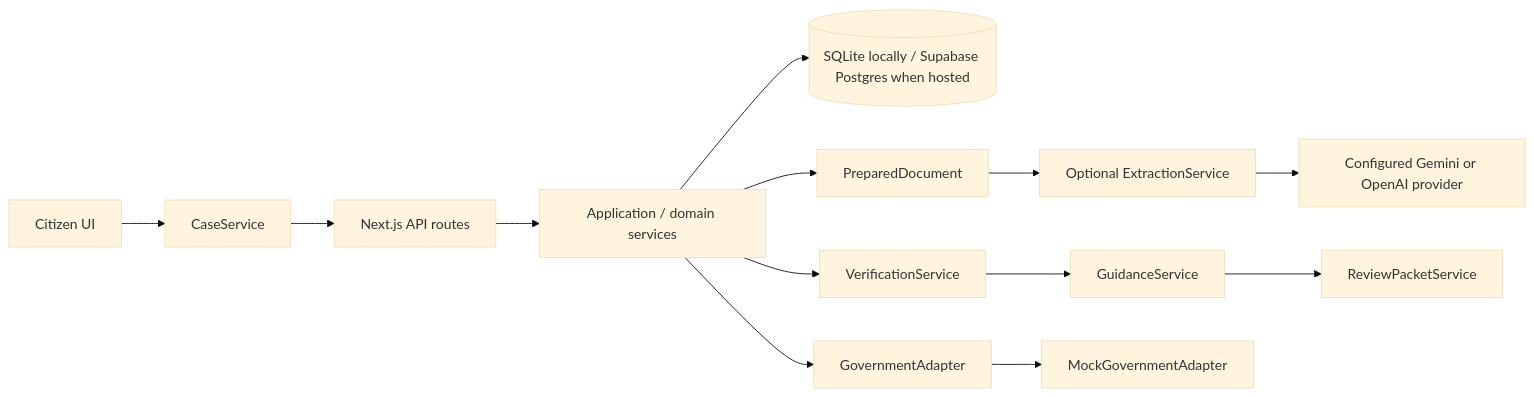
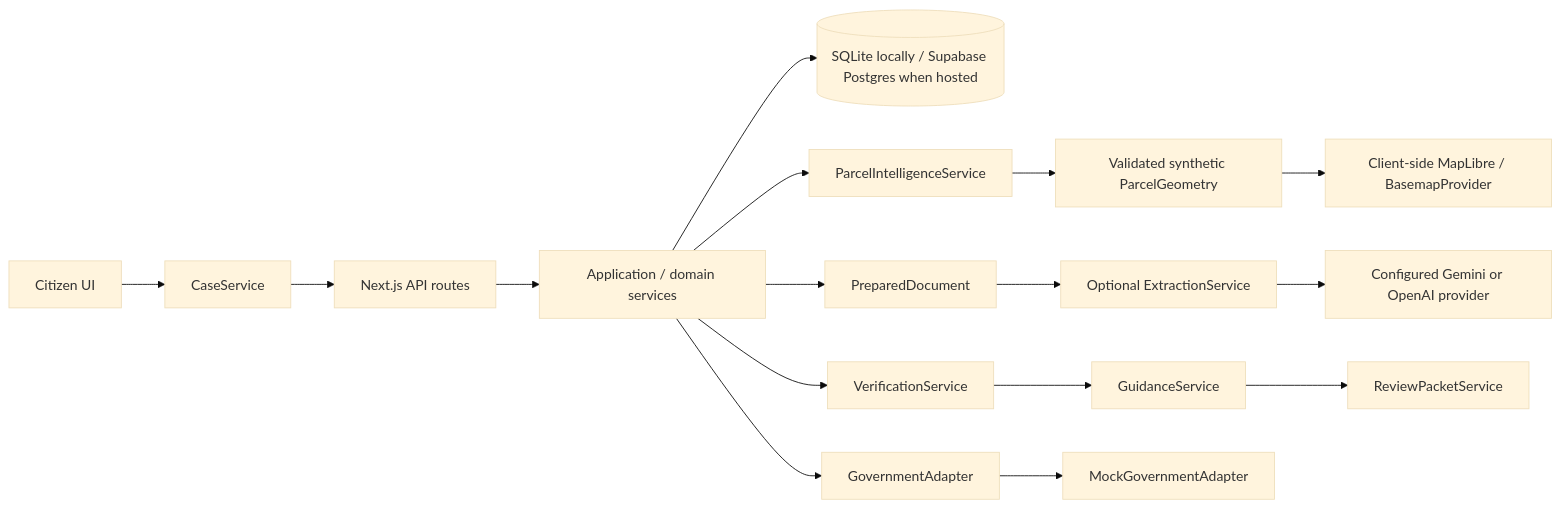
One commit to Haus-Nous/bhoomi-check changed the first of 2 diagrams in docs/ARCHITECTURE.md. Above: the diagram before and after it, drawn with Mermaid (base theme). The commit also changed other lines of this file and 28 other files, not shown here.

````diff
--- a/docs/ARCHITECTURE.md
+++ b/docs/ARCHITECTURE.md
@@ -5,15 +5,18 @@
 ```mermaid
 flowchart LR
   UI[Citizen UI] --> CS[CaseService]
   CS --> API[Next.js API routes]
   API --> APP[Application / domain services]
   APP --> DB[(SQLite locally / Supabase Postgres when hosted)]
+  APP --> GEO[ParcelIntelligenceService]
+  GEO --> PG[Validated synthetic ParcelGeometry]
+  PG --> MAP[Client-side MapLibre / BasemapProvider]
   APP --> PREP[PreparedDocument]
   PREP --> EXT[Optional ExtractionService]
   EXT --> AI[Configured Gemini or OpenAI provider]
   APP --> VER[VerificationService]
   VER --> GUIDE[GuidanceService]
   GUIDE --> PACKET[ReviewPacketService]
   APP --> GOV[GovernmentAdapter]
   GOV --> MOCK[MockGovernmentAdapter]
 ```
````
